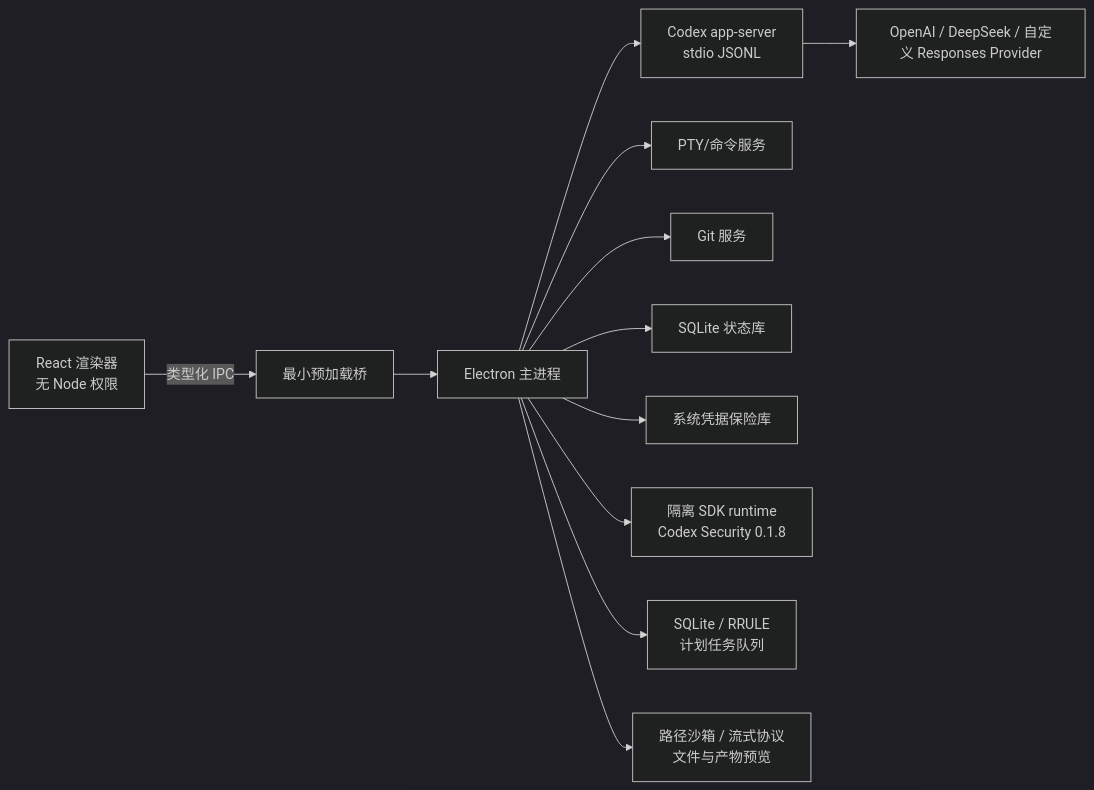
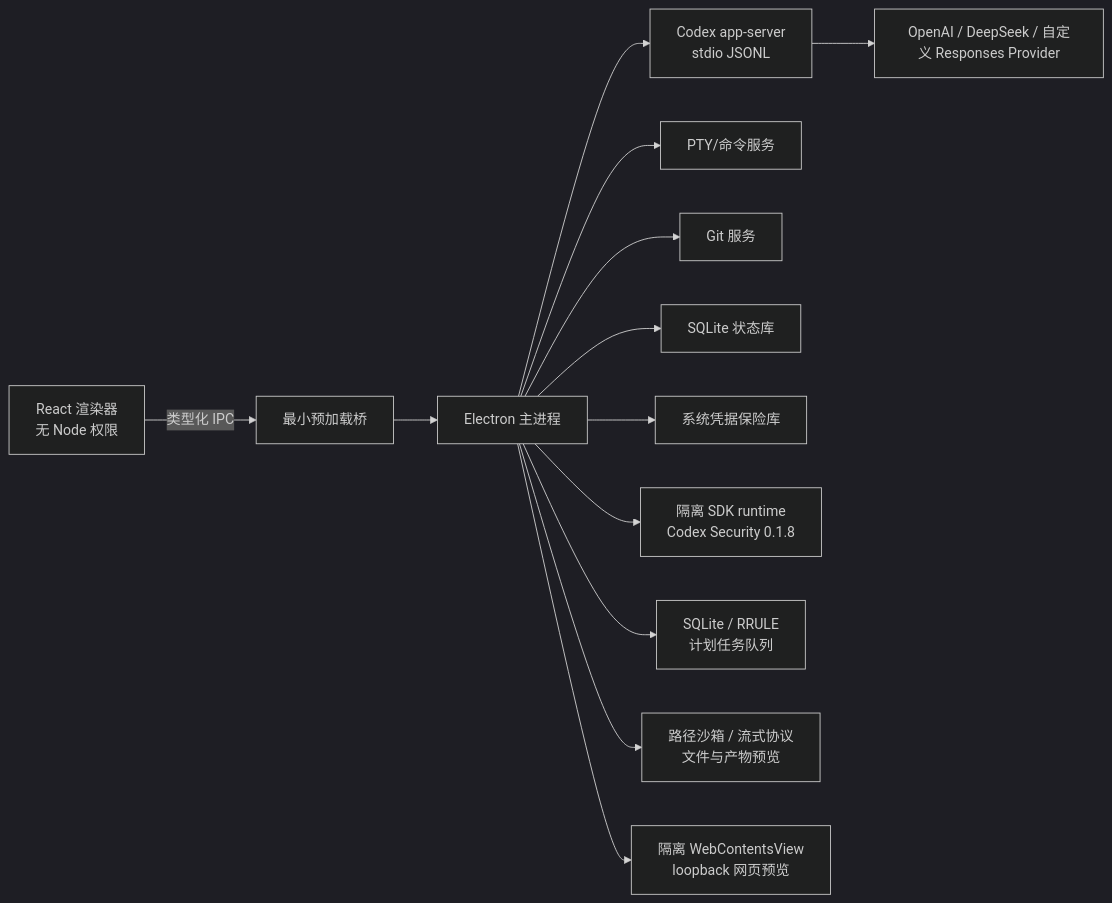
The diagram in docs/ARCHITECTURE.md (xingchen20lj/norevinq-desktop), drawn with Mermaid (dark theme) before and after one commit. The commit also changed other lines of this file and 16 other files, not shown here.

````diff
--- a/docs/ARCHITECTURE.md
+++ b/docs/ARCHITECTURE.md
@@ -9,14 +9,15 @@
 ```mermaid
 flowchart LR
   UI["React 渲染器<br/>无 Node 权限"] -->|"类型化 IPC"| Preload["最小预加载桥"]
   Preload --> Main["Electron 主进程"]
   Main --> Runtime["Codex app-server<br/>stdio JSONL"]
   Main --> PTY["PTY/命令服务"]
   Main --> Git["Git 服务"]
   Main --> DB["SQLite 状态库"]
   Main --> Keys["系统凭据保险库"]
   Main --> Security["隔离 SDK runtime<br/>Codex Security 0.1.8"]
   Main --> Scheduler["SQLite / RRULE<br/>计划任务队列"]
   Main --> Files["路径沙箱 / 流式协议<br/>文件与产物预览"]
+  Main --> Browser["隔离 WebContentsView<br/>loopback 网页预览"]
   Runtime --> Providers["OpenAI / DeepSeek / 自定义 Responses Provider"]
 ```
````
